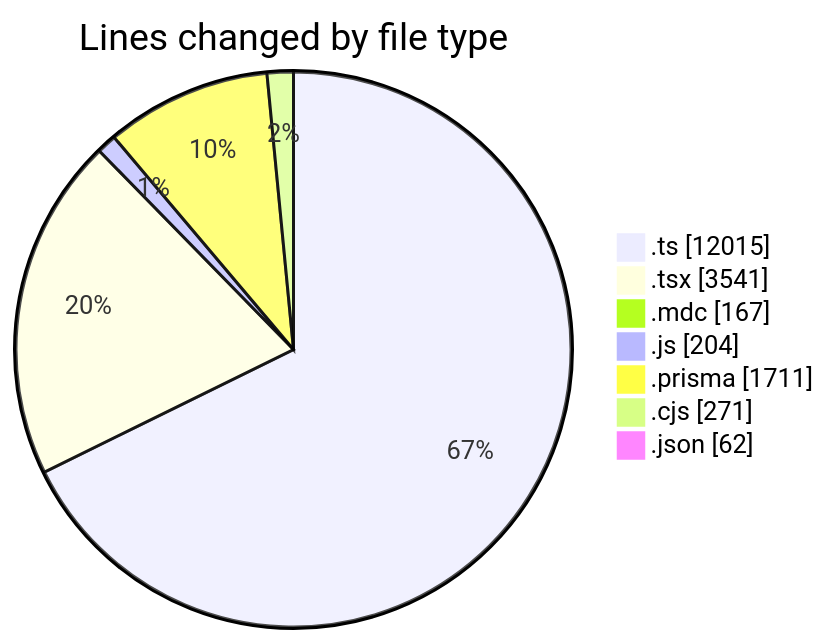
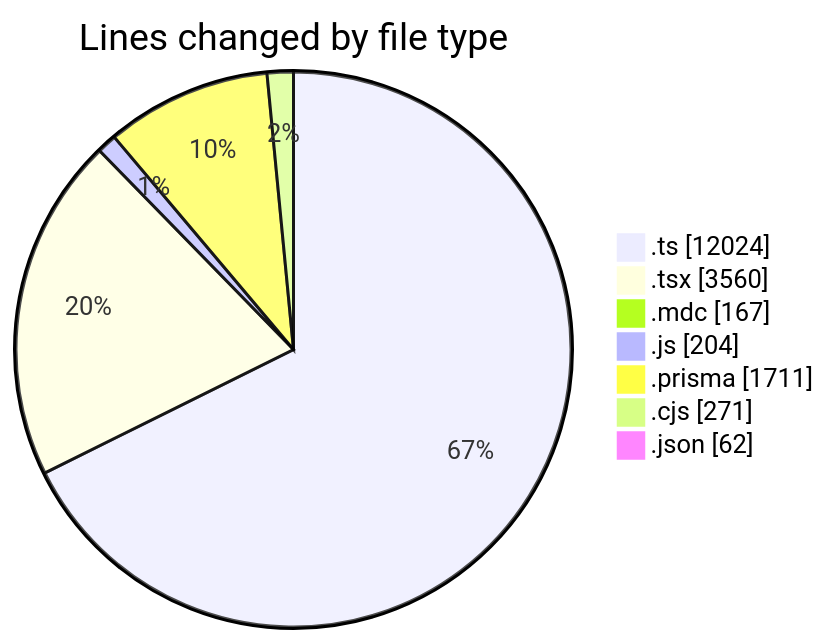
Before and after one commit to CELIANVF/code-tracking: the first of 2 diagrams in 2025-06-06/ecodeli-1/README.md, drawn with Mermaid. The commit also changed other lines of this file and 1 other file, not shown here.

````diff
--- a/2025-06-06/ecodeli-1/README.md
+++ b/2025-06-06/ecodeli-1/README.md
@@ -66,11 +66,11 @@
 ```mermaid
 pie showData
 title Lines changed by file type
-".ts" : 12015
-".tsx" : 3541
+".ts" : 12024
+".tsx" : 3560
 ".mdc" : 167
 ".js" : 204
 ".prisma" : 1711
 ".cjs" : 271
 ".json" : 62
 ```
````
